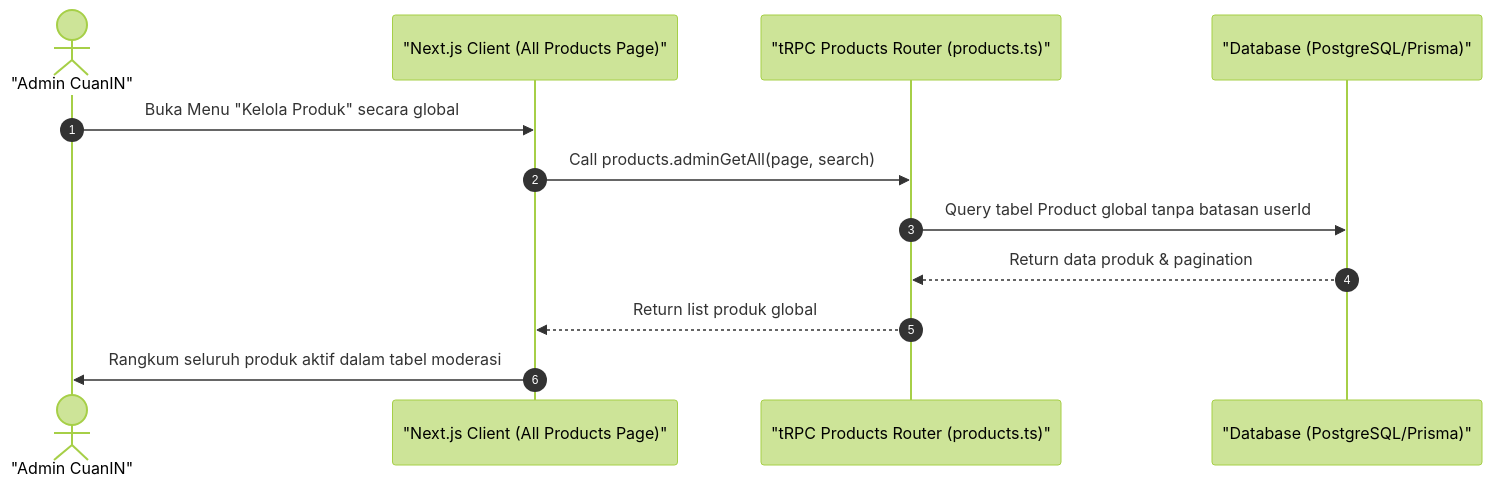
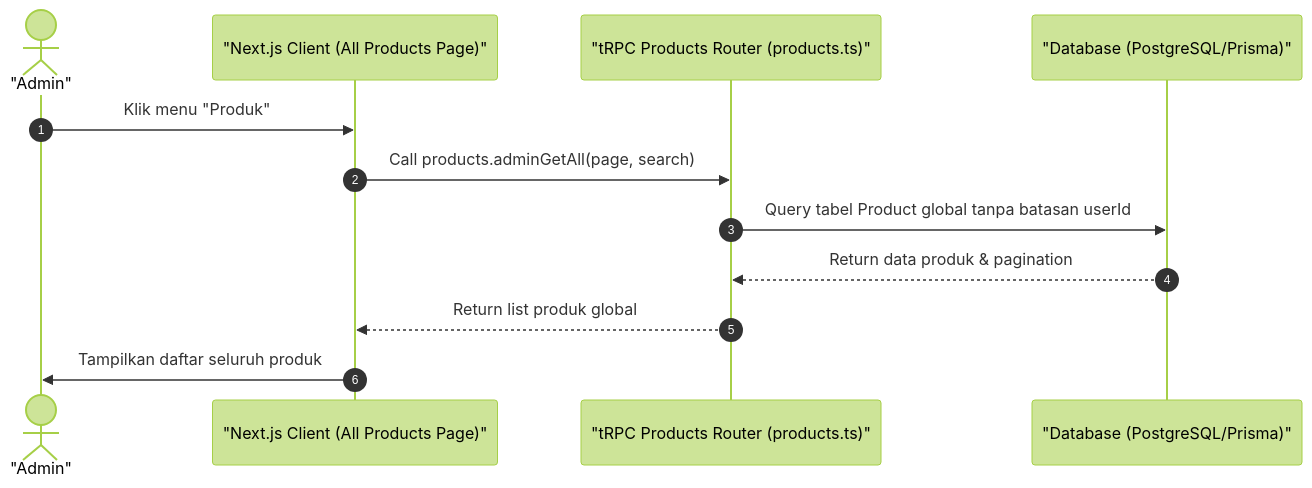
The diagram in docs/08-admin-products-list.md (luputer/CuanIN), drawn with Mermaid (forest theme) before and after one commit. The commit also changed 53 other files, not shown here.

````diff
--- a/docs/08-admin-products-list.md
+++ b/docs/08-admin-products-list.md
@@ -5,16 +5,16 @@
 ```mermaid
 sequenceDiagram
     autonumber
-    actor Admin as "Admin CuanIN"
+    actor Admin as "Admin"
     participant Client as "Next.js Client (All Products Page)"
     participant Server as "tRPC Products Router (products.ts)"
     participant DB as "Database (PostgreSQL/Prisma)"
 
-    Admin->>Client: Buka Menu "Kelola Produk" secara global
+    Admin->>Client: Klik menu "Produk"
     Client->>Server: Call products.adminGetAll(page, search)
     Server->>DB: Query tabel Product global tanpa batasan userId
     DB-->>Server: Return data produk & pagination
     Server-->>Client: Return list produk global
-    Client->>Admin: Rangkum seluruh produk aktif dalam tabel moderasi
+    Client->>Admin: Tampilkan daftar seluruh produk
 
 ```
````
